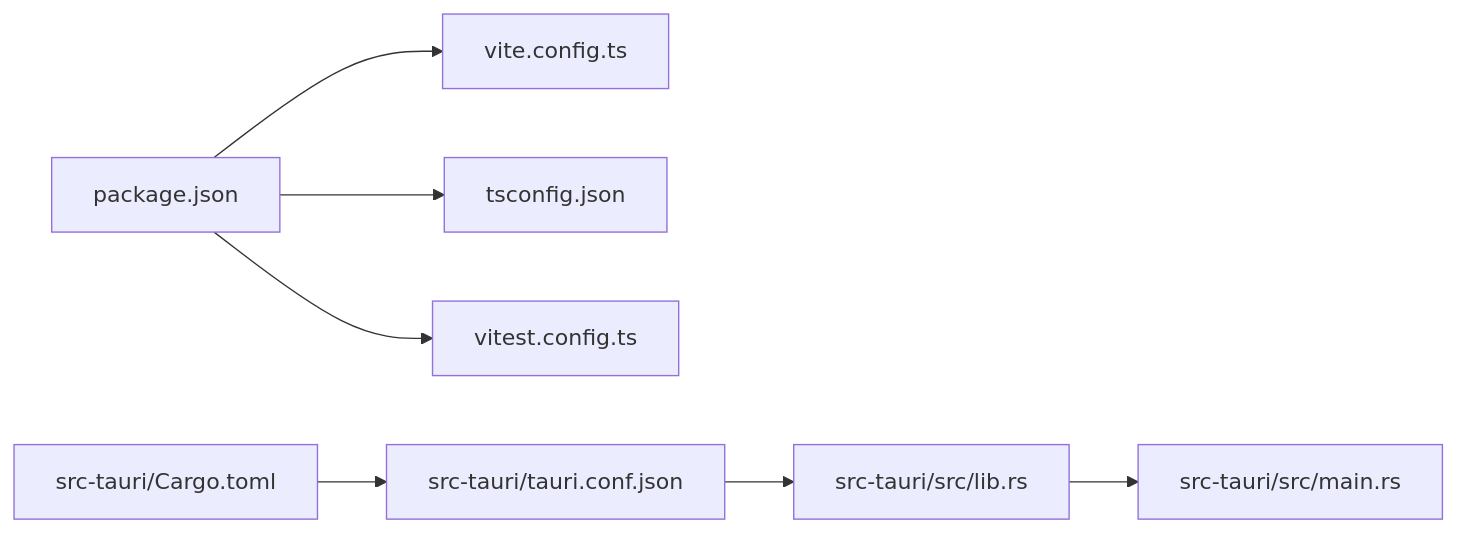
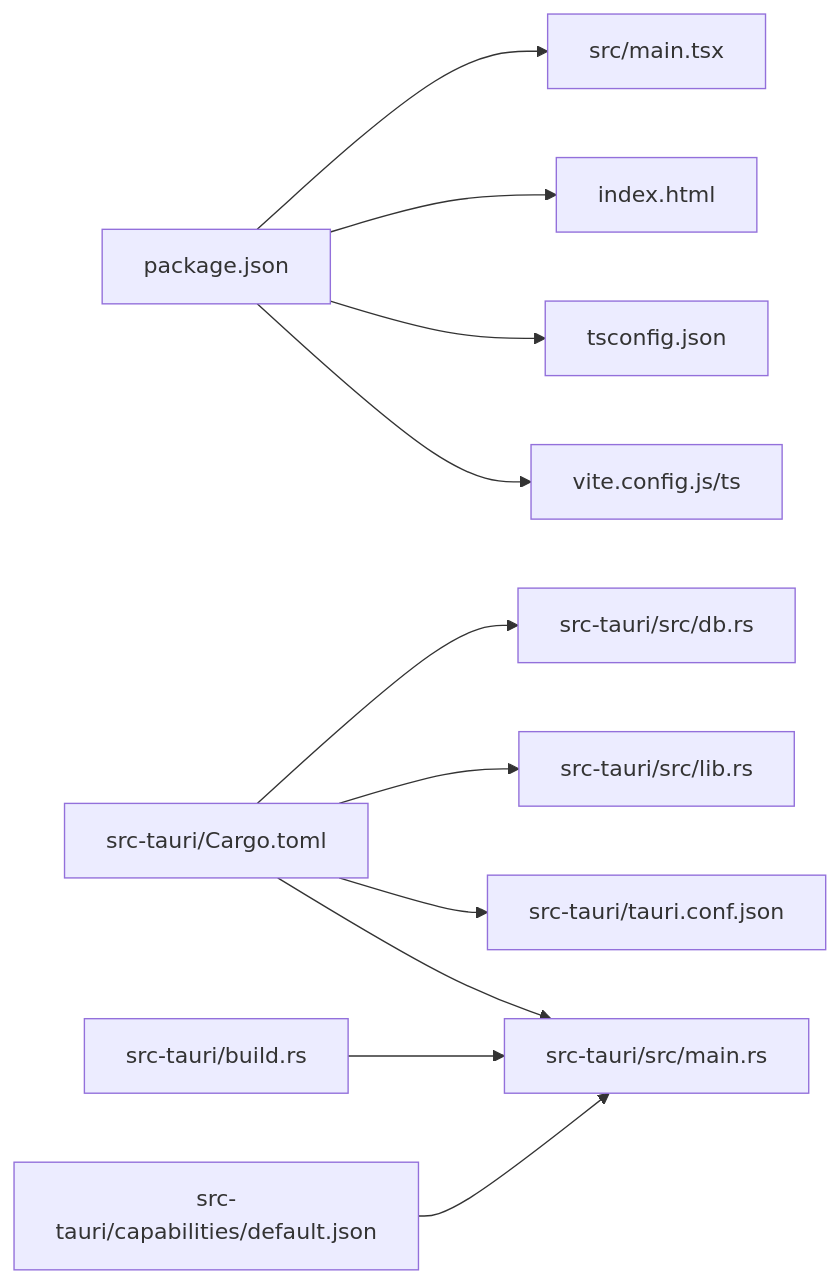
The fifth of 5 diagrams in .qoder/repowiki/zh/content/开发指南/开发流程.md (gzdxhujiale/FishWorker), drawn with Mermaid before and after one commit. The commit also changed other lines of this file and 238 other files, not shown here.

````diff
--- a/.qoder/repowiki/zh/content/开发指南/开发流程.md
+++ b/.qoder/repowiki/zh/content/开发指南/开发流程.md
@@ -286,9 +281,13 @@
 ```mermaid
 graph LR
-Pkg["package.json"] --> Vite["vite.config.ts"]
-Pkg --> TS["tsconfig.json"]
-Pkg --> Test["vitest.config.ts"]
+Pkg["package.json"] --> ViteCfg["vite.config.js/ts"]
+Pkg --> TSConf["tsconfig.json"]
+Pkg --> Index["index.html"]
+Pkg --> Main["src/main.tsx"]
 Cargo["src-tauri/Cargo.toml"] --> TauriConf["src-tauri/tauri.conf.json"]
-TauriConf --> Lib["src-tauri/src/lib.rs"]
-Lib --> Main["src-tauri/src/main.rs"]
+Cargo --> LibRs["src-tauri/src/lib.rs"]
+Cargo --> MainRs["src-tauri/src/main.rs"]
+Cargo --> DbRs["src-tauri/src/db.rs"]
+BuildRs["src-tauri/build.rs"] --> MainRs
+Cap["src-tauri/capabilities/default.json"] --> MainRs
 ```
````
